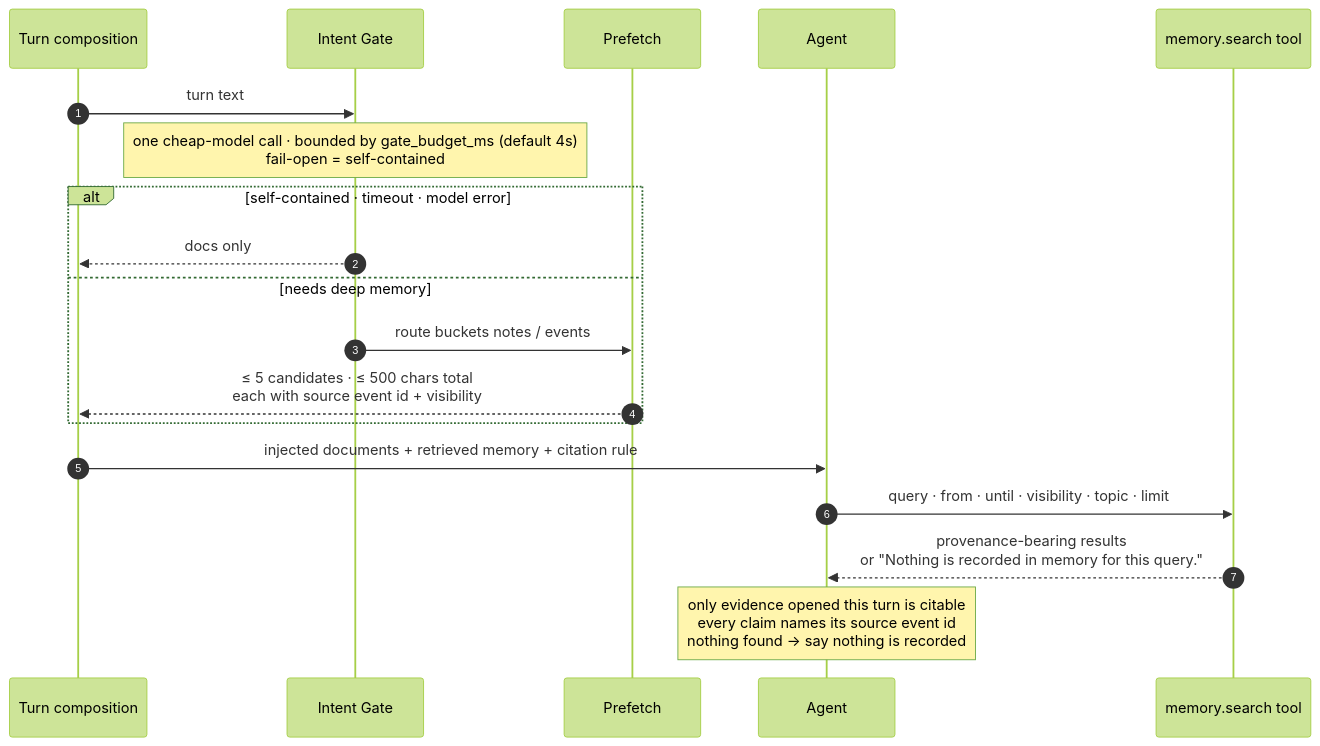
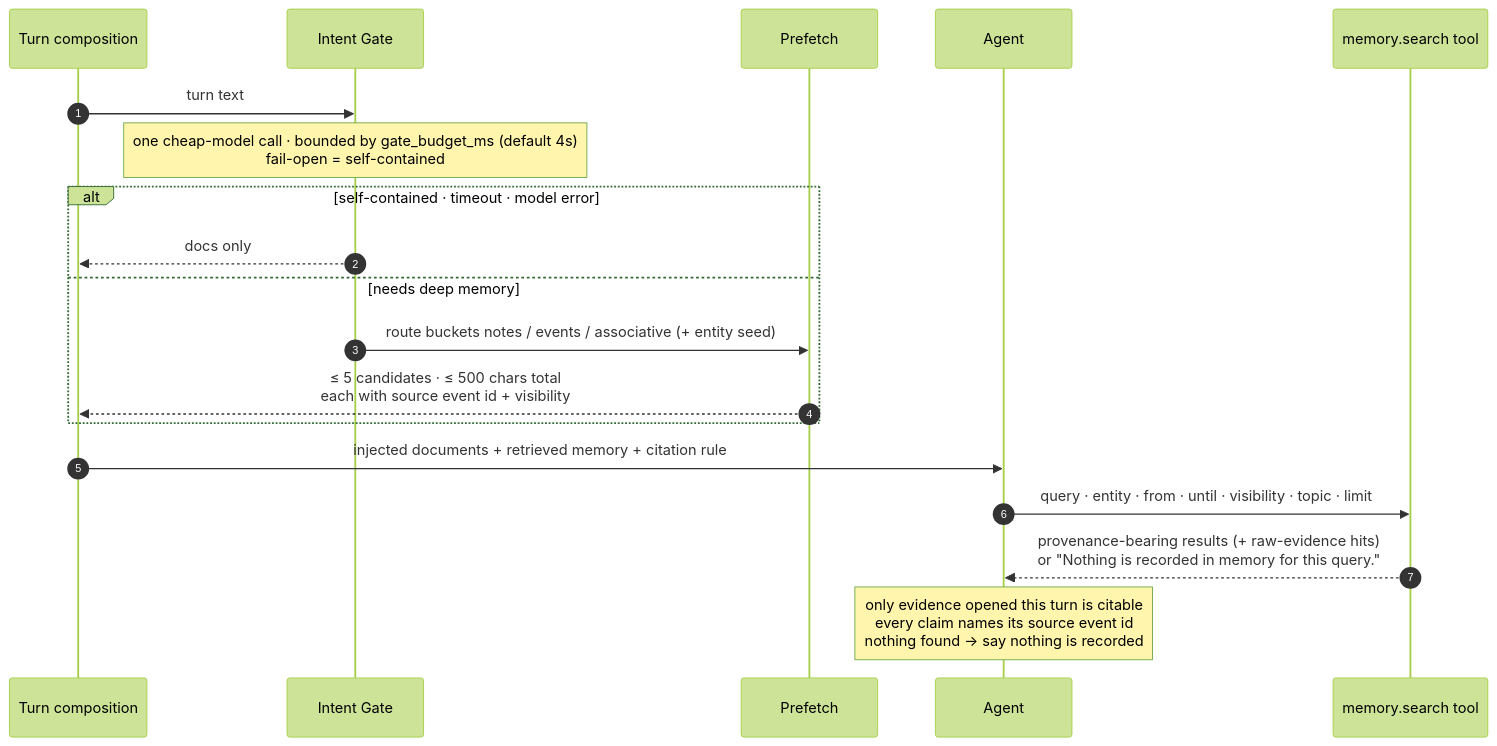
Before and after one commit to oniharnantyo/onclaw: the eighth of 11 diagrams in docs/memory-system.md, drawn with Mermaid (forest theme). The commit also changed other lines of this file and 62 other files, not shown here.

First line of the commit message:
feat(memory): wave 3 vectors and entity graph — fused retrieval, raw index, traversal

````diff
--- a/docs/memory-system.md
+++ b/docs/memory-system.md
@@ -267,22 +346,22 @@
 ```mermaid
 sequenceDiagram
     autonumber
     participant T as Turn composition
     participant IG as Intent Gate
     participant P as Prefetch
     participant A as Agent
     participant MS as memory.search tool
 
     T->>IG: turn text
     Note over IG: one cheap-model call · bounded by gate_budget_ms (default 4s)<br/>fail-open = self-contained
     alt self-contained · timeout · model error
         IG-->>T: docs only
     else needs deep memory
-        IG->>P: route buckets notes / events
+        IG->>P: route buckets notes / events / associative (+ entity seed)
         P-->>T: ≤ 5 candidates · ≤ 500 chars total<br/>each with source event id + visibility
     end
     T->>A: injected documents + retrieved memory + citation rule
-    A->>MS: query · from · until · visibility · topic · limit
-    MS-->>A: provenance-bearing results<br/>or "Nothing is recorded in memory for this query."
+    A->>MS: query · entity · from · until · visibility · topic · limit
+    MS-->>A: provenance-bearing results (+ raw-evidence hits)<br/>or "Nothing is recorded in memory for this query."
     Note over A: only evidence opened this turn is citable<br/>every claim names its source event id<br/>nothing found → say nothing is recorded
 ```
````
